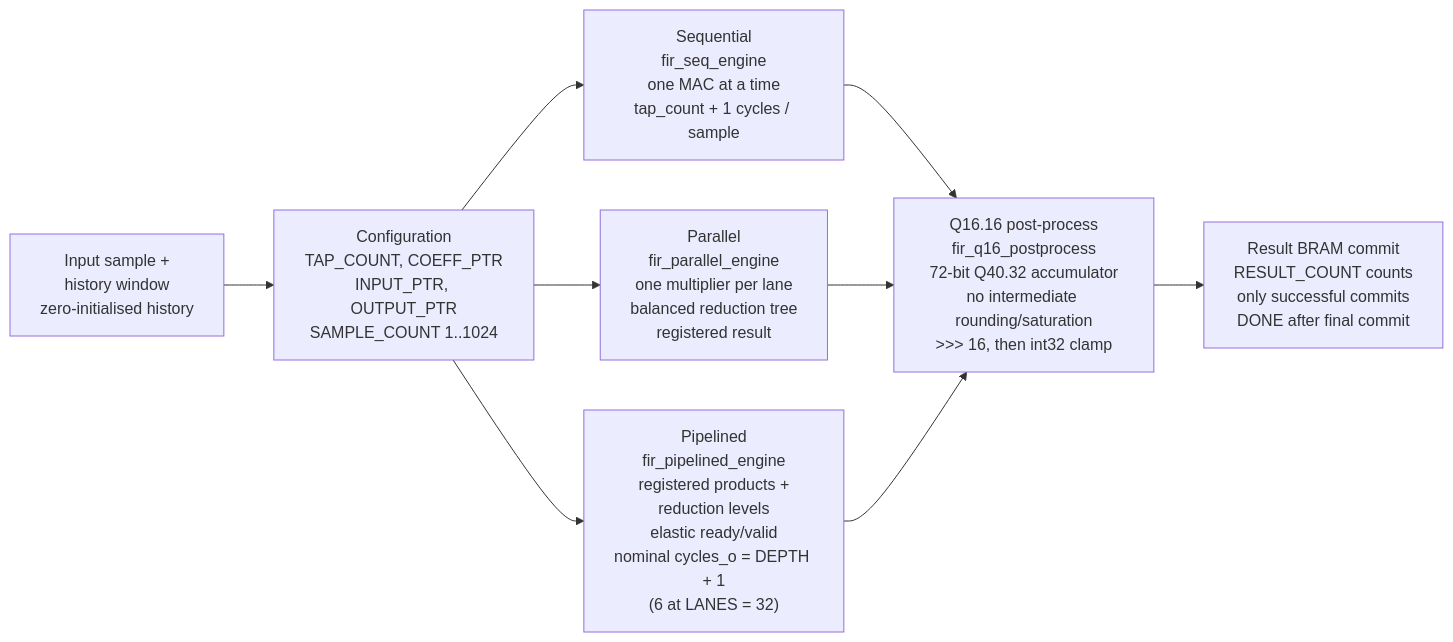
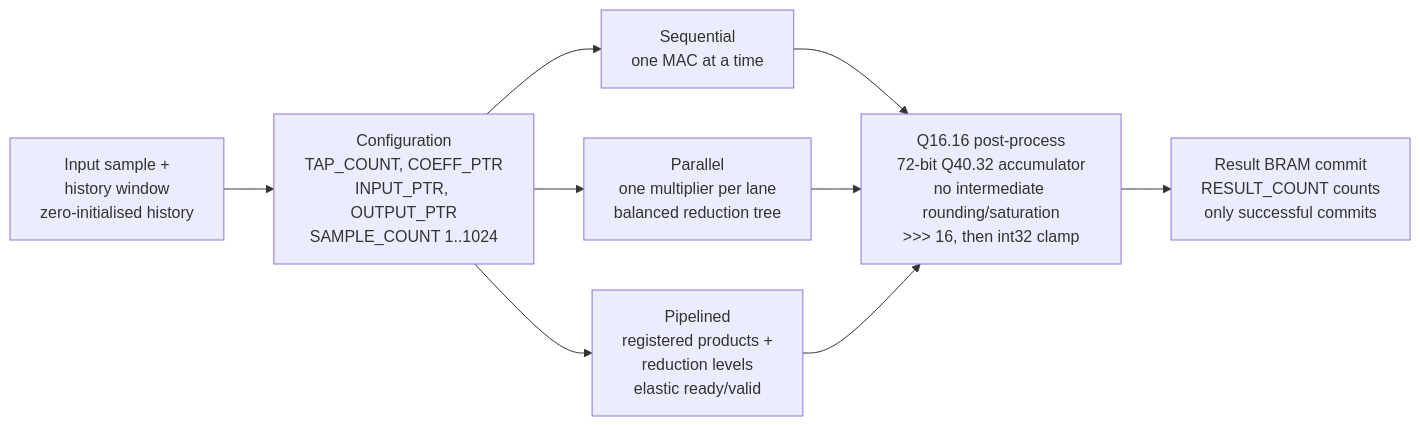
The second of 3 diagrams in README.md (Aneeshparveda/NEXUS-32), drawn with Mermaid before and after one commit. The commit also changed other lines of this file, not shown here.

Commit message:
Revamp README: blueprint hero, results chart, honest board status

````diff
--- a/README.md
+++ b/README.md
@@ -157,19 +89,18 @@
 ```mermaid
 flowchart LR
     IN["Input sample +<br/>history window<br/>zero-initialised history"]
     CFG["Configuration<br/>TAP_COUNT, COEFF_PTR<br/>INPUT_PTR, OUTPUT_PTR<br/>SAMPLE_COUNT 1..1024"]
-    SEQ["Sequential<br/>fir_seq_engine<br/>one MAC at a time<br/>tap_count + 1 cycles / sample"]
-    PAR["Parallel<br/>fir_parallel_engine<br/>one multiplier per lane<br/>balanced reduction tree<br/>registered result"]
-    PIPE["Pipelined<br/>fir_pipelined_engine<br/>registered products +<br/>reduction levels<br/>elastic ready/valid<br/>nominal cycles_o = DEPTH + 1<br/>(6 at LANES = 32)"]
-    POST["Q16.16 post-process<br/>fir_q16_postprocess<br/>72-bit Q40.32 accumulator<br/>no intermediate rounding/saturation<br/>>>> 16, then int32 clamp"]
-    OUT["Result BRAM commit<br/>RESULT_COUNT counts<br/>only successful commits<br/>DONE after final commit"]
-
+    SEQ["Sequential<br/>one MAC at a time"]
+    PAR["Parallel<br/>one multiplier per lane<br/>balanced reduction tree"]
+    PIPE["Pipelined<br/>registered products +<br/>reduction levels<br/>elastic ready/valid"]
+    POST["Q16.16 post-process<br/>72-bit Q40.32 accumulator<br/>no intermediate rounding/saturation<br/>>>> 16, then int32 clamp"]
+    OUT["Result BRAM commit<br/>RESULT_COUNT counts<br/>only successful commits"]
     IN --> CFG
     CFG --> SEQ
     CFG --> PAR
     CFG --> PIPE
     SEQ --> POST
     PAR --> POST
     PIPE --> POST
     POST --> OUT
 ```
````
